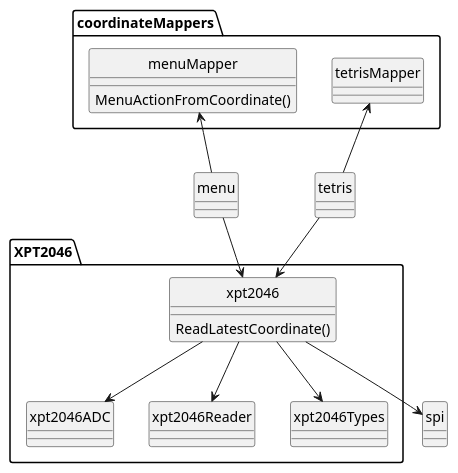
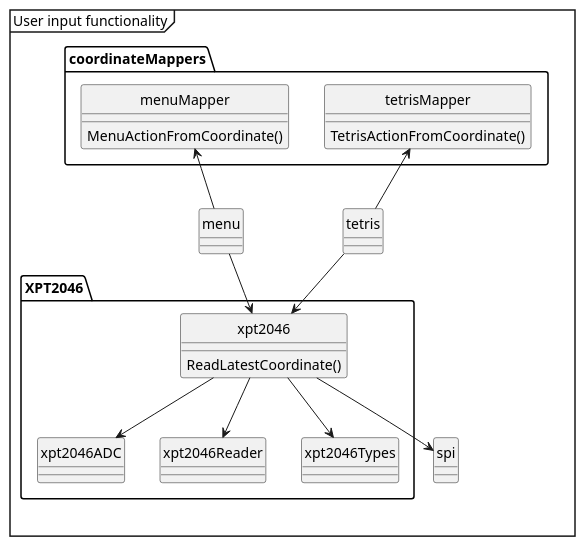
The diagram in diagrams/xpt2046_class.puml (Yoda92/AMS_TETRIS), drawn with PlantUML before and after one commit.

Commit message:
added user input class diagram

```diff
--- a/diagrams/xpt2046_class.puml
+++ b/diagrams/xpt2046_class.puml
@@ -1,37 +1,41 @@
 @startuml
 skinparam Shadowing false
 hide circle
+
+mainframe User input functionality
 
 class menu{}
 class tetris{}
 
 package XPT2046{
     class xpt2046{
         ReadLatestCoordinate()
     }
     class xpt2046{}
     class xpt2046ADC{}
     class xpt2046Reader{}
     class xpt2046Types{}
 }
 class spi
 
 package coordinateMappers{
     class menuMapper{
         MenuActionFromCoordinate()
     }
-    class tetrisMapper{}
+    class tetrisMapper{
+        TetrisActionFromCoordinate()
+    }
 }
 
 menuMapper<--menu
 tetrisMapper<--tetris
 menu-->xpt2046
 tetris-->xpt2046
 
 xpt2046-->xpt2046ADC
 xpt2046-->xpt2046Reader
 xpt2046-->xpt2046Types
 xpt2046-->spi
 
 
 @enduml
```
